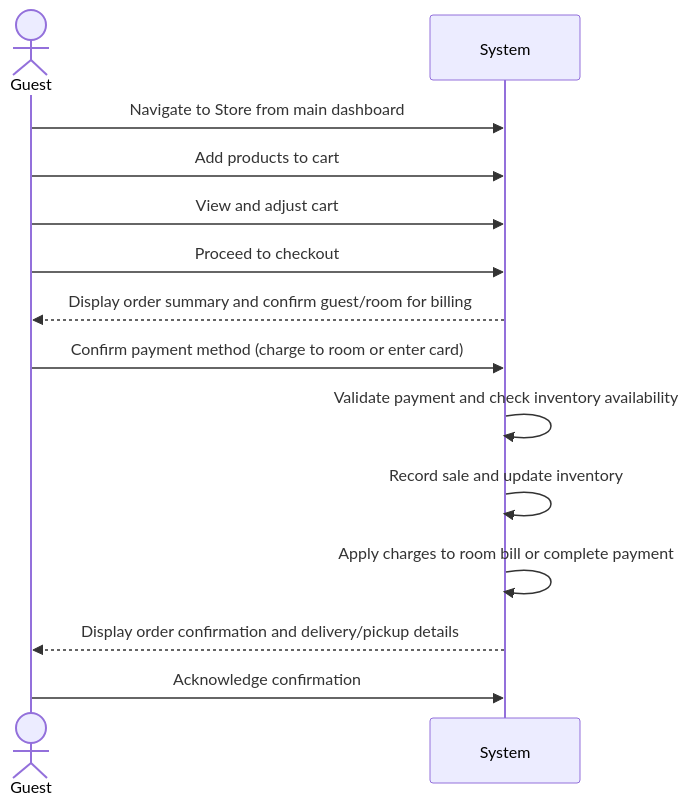
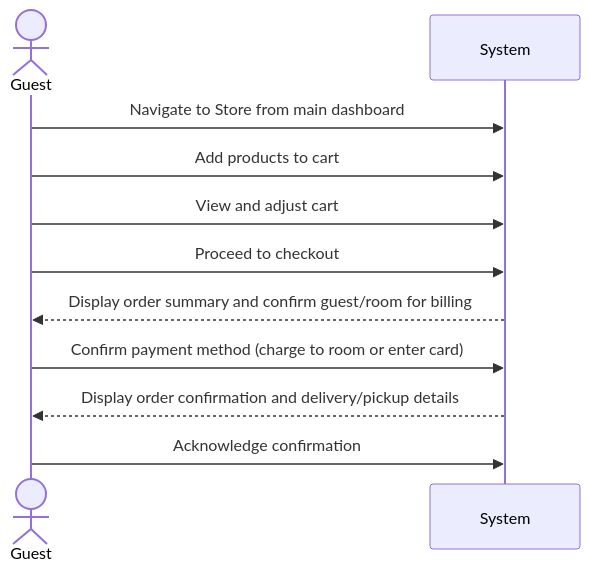
The diagram in Documentation/User-Cases/PurchaseFromStore.md (JaceYar/Software1-Proj), drawn with Mermaid before and after one commit. The commit also changed 17 other files, not shown here.

````diff
--- a/Documentation/User-Cases/PurchaseFromStore.md
+++ b/Documentation/User-Cases/PurchaseFromStore.md
@@ -11,17 +11,14 @@
 ```mermaid
 sequenceDiagram
     actor Guest
     participant System
 
     Guest->>System: Navigate to Store from main dashboard
     Guest->>System: Add products to cart
     Guest->>System: View and adjust cart
     Guest->>System: Proceed to checkout
     System-->>Guest: Display order summary and confirm guest/room for billing
     Guest->>System: Confirm payment method (charge to room or enter card)
-    System->>System: Validate payment and check inventory availability
-    System->>System: Record sale and update inventory
-    System->>System: Apply charges to room bill or complete payment
     System-->>Guest: Display order confirmation and delivery/pickup details
     Guest->>System: Acknowledge confirmation
 ```
````
